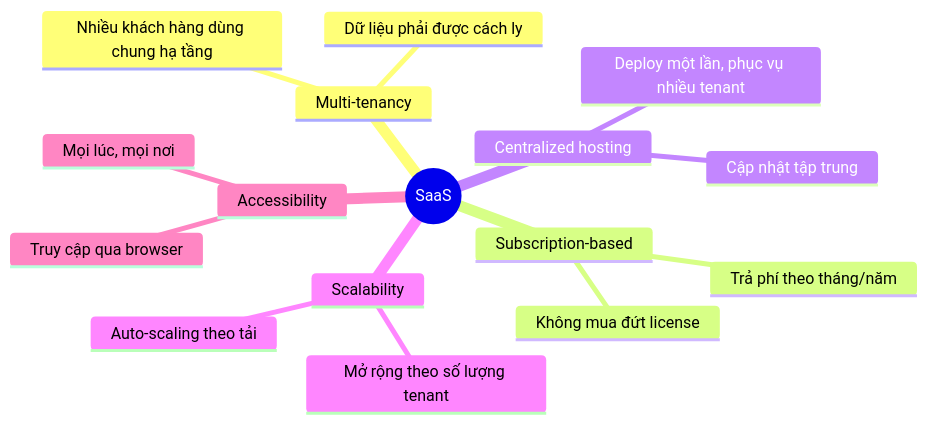
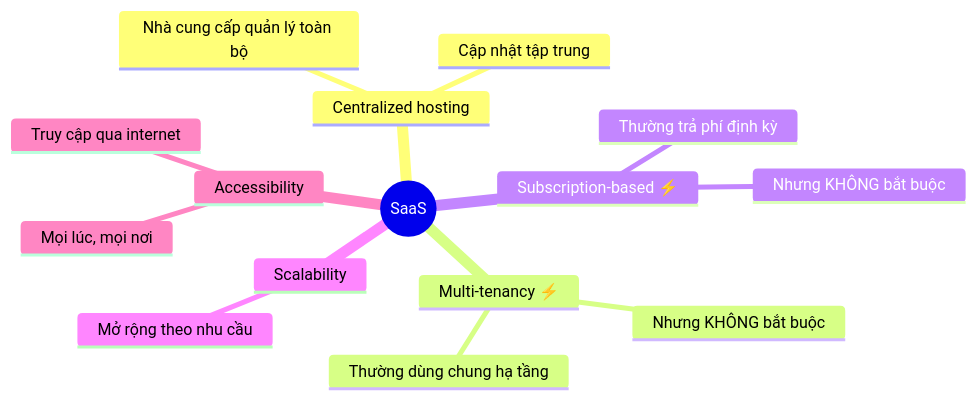
One commit to quangducnguyen1205/erp-accounting-lab-phase1-viettel changed the second of 3 diagrams in docs/02-saas/01-khai-niem-co-ban.md. Above: the diagram before and after it, drawn with Mermaid. The commit also changed other lines of this file and 5 other files, not shown here.

Commit message:
Tra loi truoc 14 cau ve SaaS và multi-tenant

````diff
--- a/docs/02-saas/01-khai-niem-co-ban.md
+++ b/docs/02-saas/01-khai-niem-co-ban.md
@@ -22,19 +56,18 @@
 ```mermaid
 mindmap
   root((SaaS))
-    Multi-tenancy
-      Nhiều khách hàng dùng chung hạ tầng
-      Dữ liệu phải được cách ly
-    Subscription-based
-      Trả phí theo tháng/năm
-      Không mua đứt license
     Centralized hosting
-      Deploy một lần, phục vụ nhiều tenant
+      Nhà cung cấp quản lý toàn bộ
       Cập nhật tập trung
+    Multi-tenancy ⚡
+      Thường dùng chung hạ tầng
+      Nhưng KHÔNG bắt buộc
+    Subscription-based ⚡
+      Thường trả phí định kỳ
+      Nhưng KHÔNG bắt buộc
     Scalability
-      Mở rộng theo số lượng tenant
-      Auto-scaling theo tải
+      Mở rộng theo nhu cầu
     Accessibility
-      Truy cập qua browser
+      Truy cập qua internet
       Mọi lúc, mọi nơi
 ```
````
